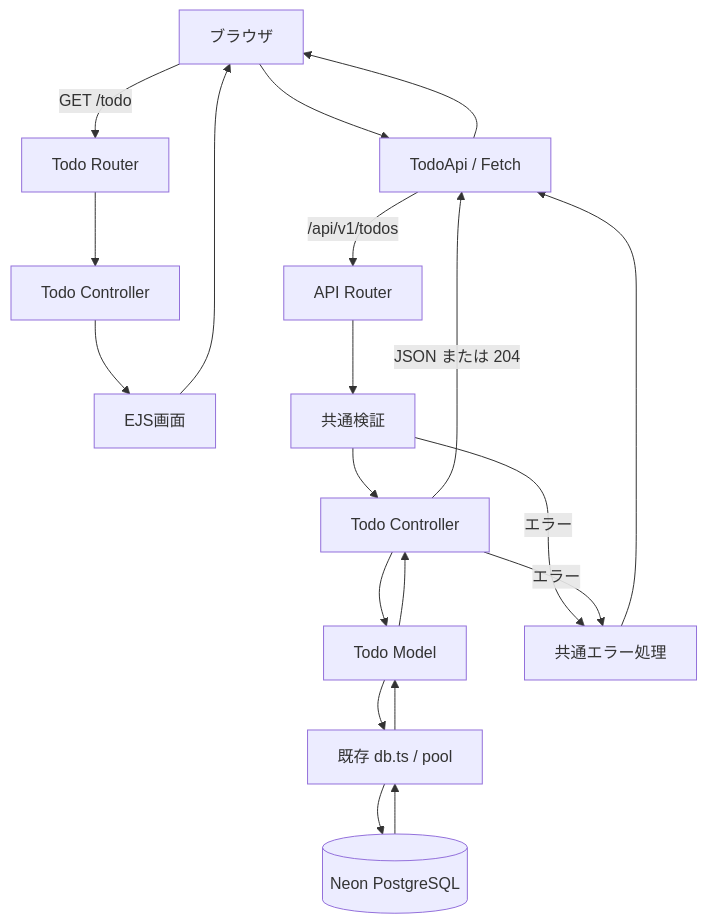
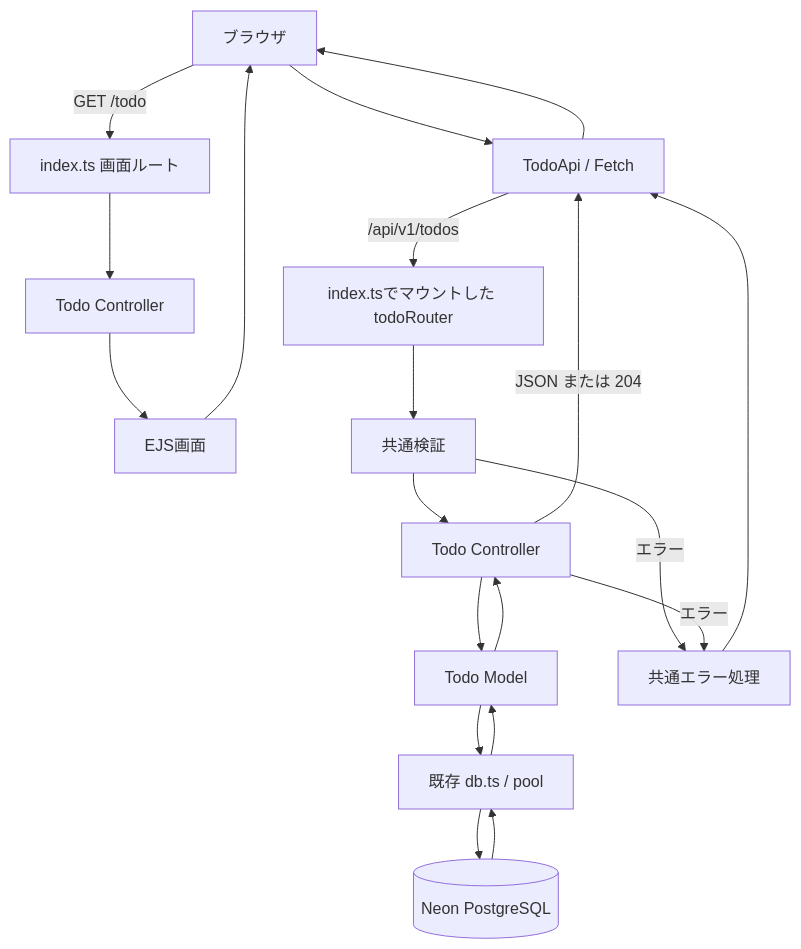
One commit to Shimamura-Kouki/4th_IT-Project_2026 changed the first of 2 diagrams in docs/todo/02_design.md. Above: the diagram before and after it, drawn with Mermaid. The commit also changed other lines of this file, not shown here.

````diff
--- a/docs/todo/02_design.md
+++ b/docs/todo/02_design.md
@@ -96,22 +108,22 @@
 ```mermaid
 flowchart TD
-    B[ブラウザ] -->|GET /todo| R[Todo Router]
+    B[ブラウザ] -->|GET /todo| R[index.ts 画面ルート]
     R --> C[Todo Controller]
     C --> V[EJS画面]
     V --> B
     B --> A[TodoApi / Fetch]
-    A -->|/api/v1/todos| AR[API Router]
+    A -->|/api/v1/todos| AR[index.tsでマウントした todoRouter]
     AR --> G[共通検証]
     G --> AC[Todo Controller]
     AC --> M[Todo Model]
     M --> P[既存 db.ts / pool]
     P --> D[(Neon PostgreSQL)]
     D --> P
     P --> M
     M --> AC
     AC -->|JSON または 204| A
     A --> B
     G -->|エラー| E[共通エラー処理]
     AC -->|エラー| E
     E --> A
 ```
````
